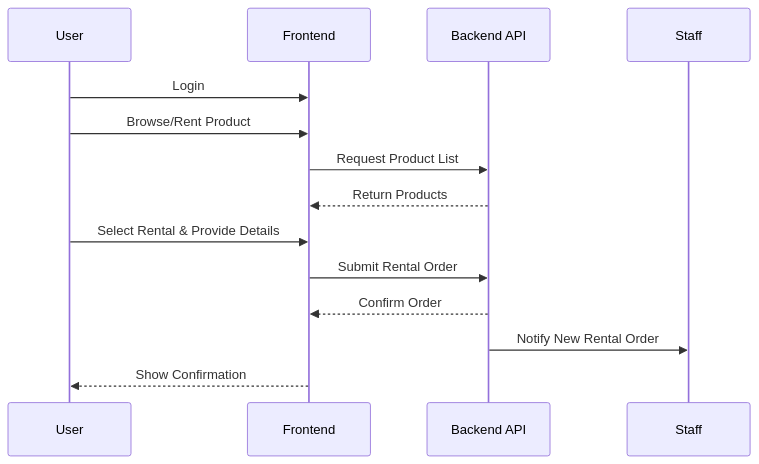
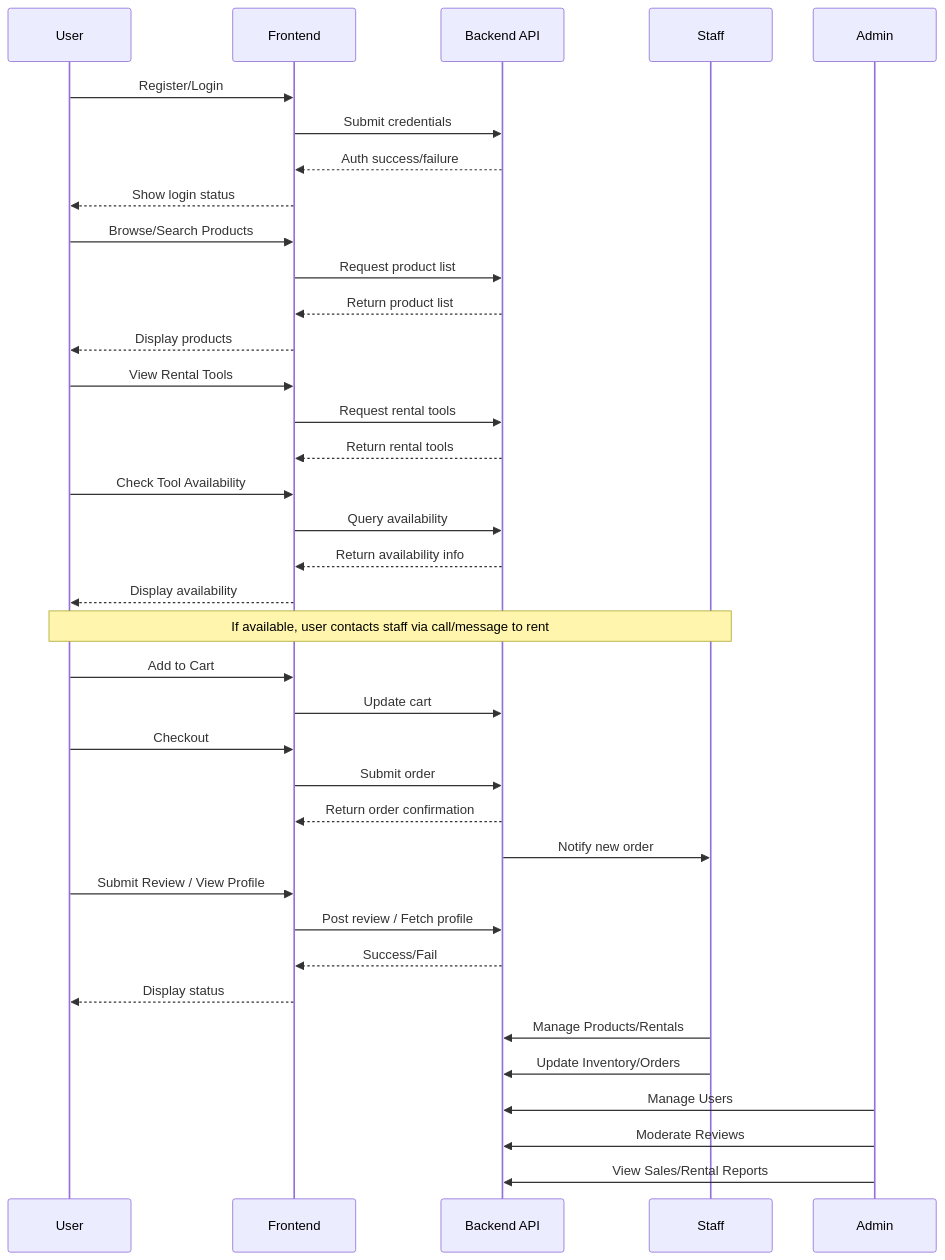
Before and after one commit to Mathura-skr/Thangam-Client: the second of 3 diagrams in README.md, drawn with Mermaid. The commit also changed other lines of this file, not shown here.

````diff
--- a/README.md
+++ b/README.md
@@ -71,17 +76,54 @@
 ```mermaid
-  sequenceDiagram
+ sequenceDiagram
     participant User
     participant Frontend
     participant Backend API
     participant Staff
+    participant Admin
 
-    User->>Frontend: Login
-    User->>Frontend: Browse/Rent Product
-    Frontend->>Backend API: Request Product List
-    Backend API-->>Frontend: Return Products
-    User->>Frontend: Select Rental & Provide Details
-    Frontend->>Backend API: Submit Rental Order
-    Backend API-->>Frontend: Confirm Order
-    Backend API->>Staff: Notify New Rental Order
-    Frontend-->>User: Show Confirmation
+    %% Registration & Login
+    User->>Frontend: Register/Login
+    Frontend->>Backend API: Submit credentials
+    Backend API-->>Frontend: Auth success/failure
+    Frontend-->>User: Show login status
+
+    %% Product Browsing & Search
+    User->>Frontend: Browse/Search Products
+    Frontend->>Backend API: Request product list
+    Backend API-->>Frontend: Return product list
+    Frontend-->>User: Display products
+
+    %% View Rental Tools & Check Availability
+    User->>Frontend: View Rental Tools
+    Frontend->>Backend API: Request rental tools
+    Backend API-->>Frontend: Return rental tools
+    User->>Frontend: Check Tool Availability
+    Frontend->>Backend API: Query availability
+    Backend API-->>Frontend: Return availability info
+    Frontend-->>User: Display availability
+
+    Note over User, Staff: If available, user contacts staff via call/message to rent
+
+    %% Cart Management & Order
+    User->>Frontend: Add to Cart
+    Frontend->>Backend API: Update cart
+    User->>Frontend: Checkout
+    Frontend->>Backend API: Submit order
+    Backend API-->>Frontend: Return order confirmation
+    Backend API->>Staff: Notify new order
+
+    %% Review & Profile
+    User->>Frontend: Submit Review / View Profile
+    Frontend->>Backend API: Post review / Fetch profile
+    Backend API-->>Frontend: Success/Fail
+    Frontend-->>User: Display status
+
+    %% Staff & Admin Actions
+    Staff->>Backend API: Manage Products/Rentals
+    Staff->>Backend API: Update Inventory/Orders
+    Admin->>Backend API: Manage Users
+    Admin->>Backend API: Moderate Reviews
+    Admin->>Backend API: View Sales/Rental Reports
+
+
 ```
````
